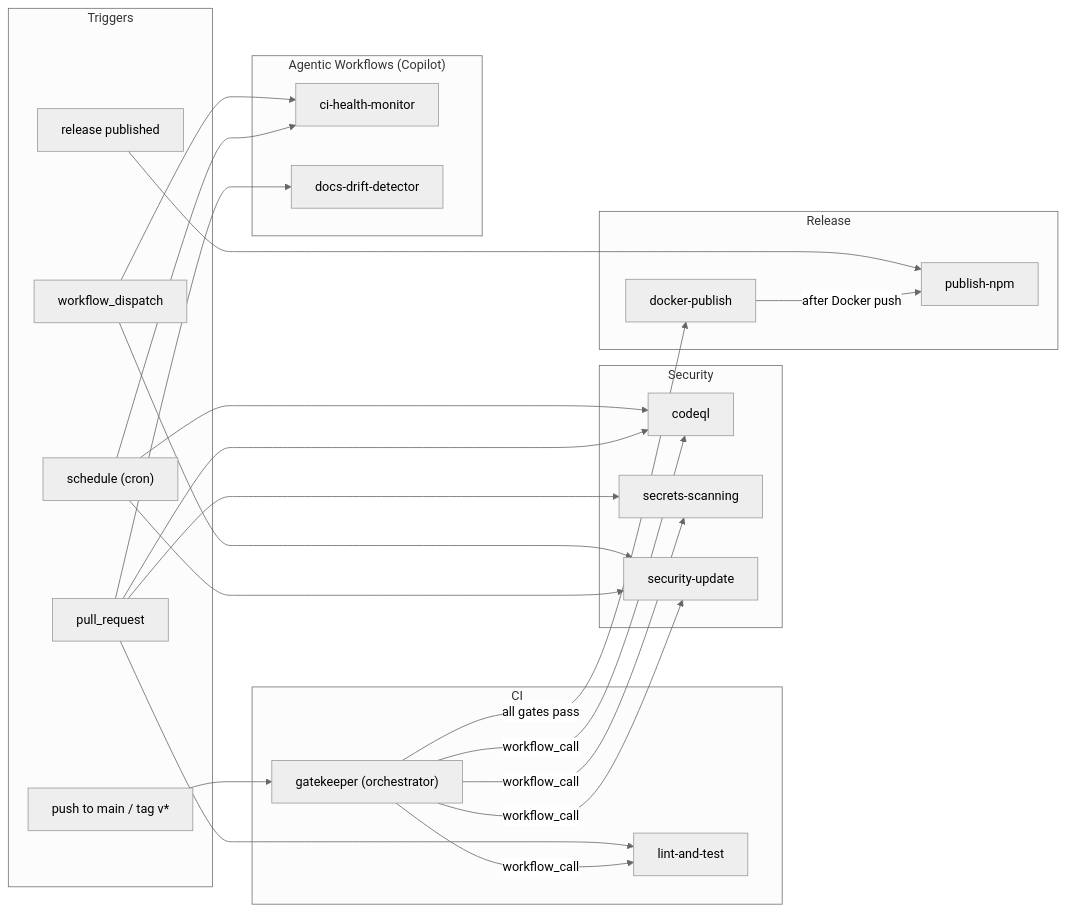
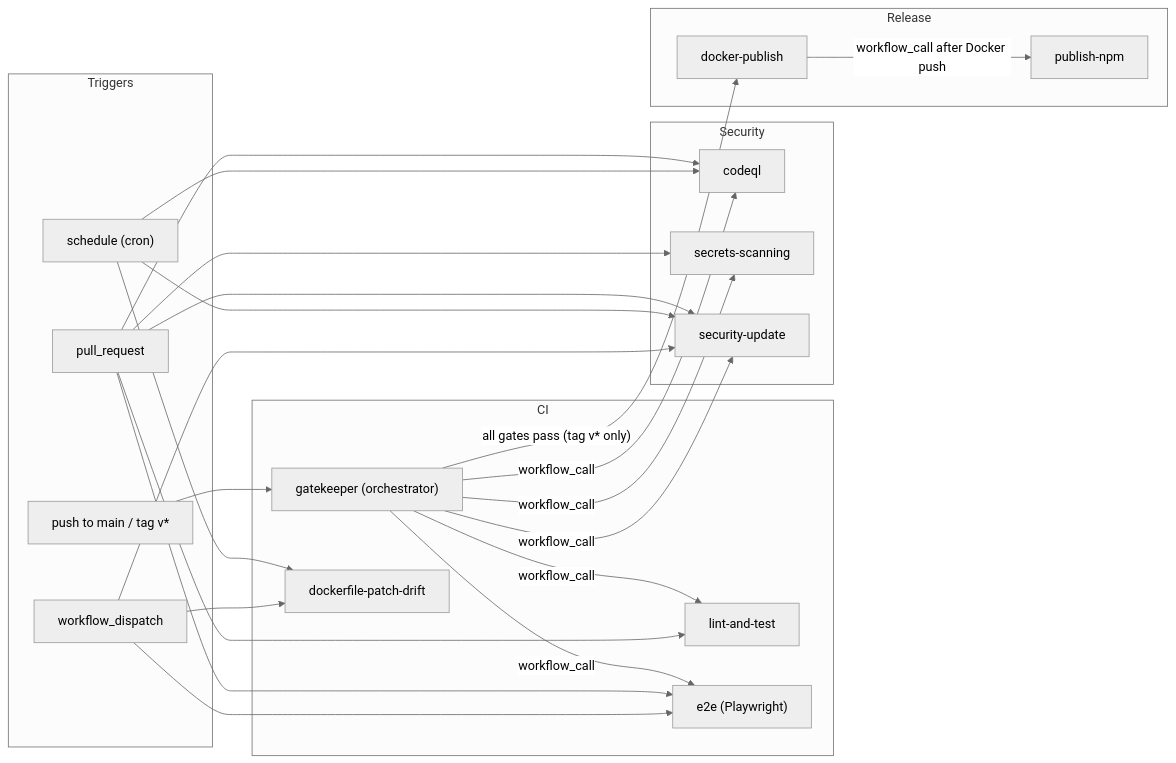
The diagram in .github/workflows/README.md (neverinfamous/memory-journal-mcp), drawn with Mermaid (neutral theme) before and after one commit. The commit also changed other lines of this file and 9 other files, not shown here.

````diff
--- a/.github/workflows/README.md
+++ b/.github/workflows/README.md
@@ -7,53 +7,50 @@
 ```mermaid
 flowchart LR
     subgraph Triggers["Triggers"]
         Push["push to main / tag v*"]
         PR["pull_request"]
-        Tag["release published"]
         Sched["schedule (cron)"]
         Manual["workflow_dispatch"]
     end
 
     subgraph CI["CI"]
         GK["gatekeeper (orchestrator)"]
         LT["lint-and-test"]
+        E2E["e2e (Playwright)"]
+        DPD["dockerfile-patch-drift"]
     end
 
     subgraph Security["Security"]
         CQL["codeql"]
         SS["secrets-scanning"]
         SU["security-update"]
     end
 
     subgraph Release["Release"]
+        DP["docker-publish"]
         NPM["publish-npm"]
-        DP["docker-publish"]
-    end
-
-    subgraph Agentic["Agentic Workflows (Copilot)"]
-        CHM["ci-health-monitor"]
-        DDD["docs-drift-detector"]
     end
 
     Push --> GK
     GK -->|workflow_call| LT
     GK -->|workflow_call| CQL
     GK -->|workflow_call| SS
     GK -->|workflow_call| SU
-    GK -->|all gates pass| DP
-    DP -->|after Docker push| NPM
+    GK -->|workflow_call| E2E
+    GK -->|"all gates pass (tag v* only)"| DP
+    DP -->|workflow_call after Docker push| NPM
 
     PR --> LT
+    PR --> E2E
     PR --> CQL
     PR --> SS
-    PR --> DDD
-
-    Tag --> NPM
+    PR --> SU
 
     Sched --> CQL
     Sched --> SU
-    Sched --> CHM
+    Sched --> DPD
 
+    Manual --> E2E
     Manual --> SU
-    Manual --> CHM
+    Manual --> DPD
 ```
````
